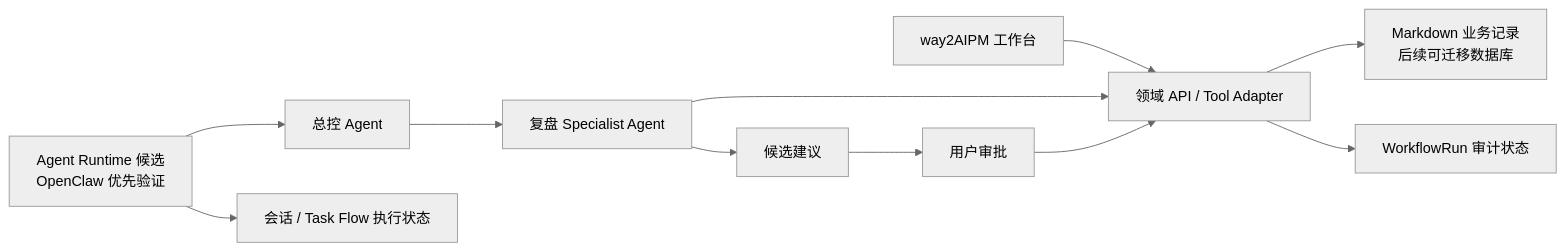
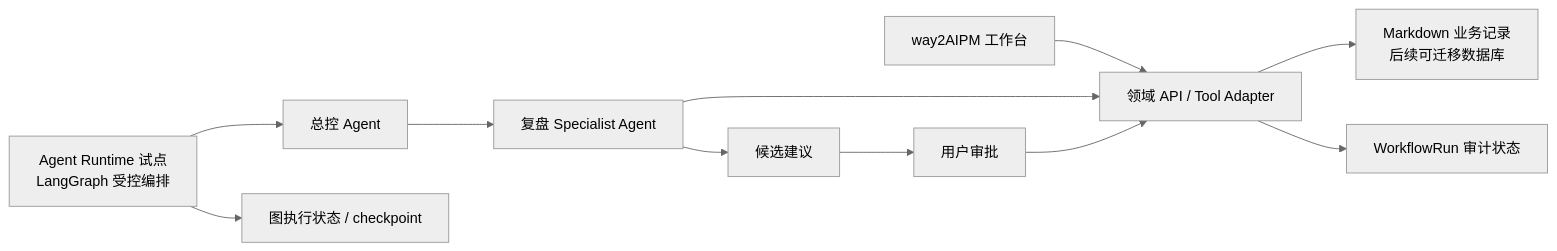
Before and after one commit to G-rookie/way2aipm: the diagram in docs/agent-runtime-decision.zh.md, drawn with Mermaid (neutral theme). The commit also changed other lines of this file and 9 other files, not shown here.

````diff
--- a/docs/agent-runtime-decision.zh.md
+++ b/docs/agent-runtime-decision.zh.md
@@ -48,13 +49,13 @@
 ```mermaid
 flowchart LR
   UI["way2AIPM 工作台"] --> DomainAPI["领域 API / Tool Adapter"]
   DomainAPI --> Records["Markdown 业务记录<br/>后续可迁移数据库"]
   DomainAPI --> Runs["WorkflowRun 审计状态"]
-  Runtime["Agent Runtime 候选<br/>OpenClaw 优先验证"] --> Orchestrator["总控 Agent"]
+  Runtime["Agent Runtime 试点<br/>LangGraph 受控编排"] --> Orchestrator["总控 Agent"]
   Orchestrator --> Specialist["复盘 Specialist Agent"]
   Specialist --> DomainAPI
-  Runtime --> RuntimeState["会话 / Task Flow 执行状态"]
+  Runtime --> RuntimeState["图执行状态 / checkpoint"]
   Specialist --> Proposal["候选建议"]
   Proposal --> Approval["用户审批"]
   Approval --> DomainAPI
 ```
````
